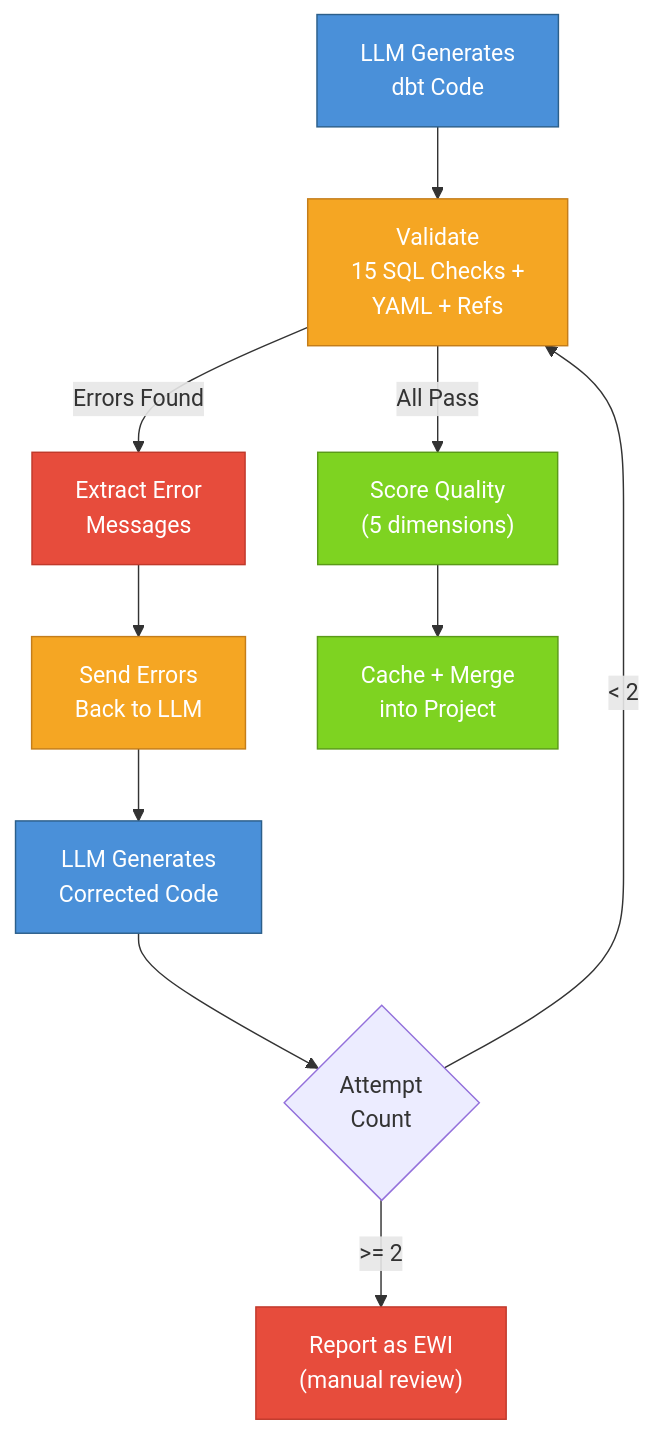
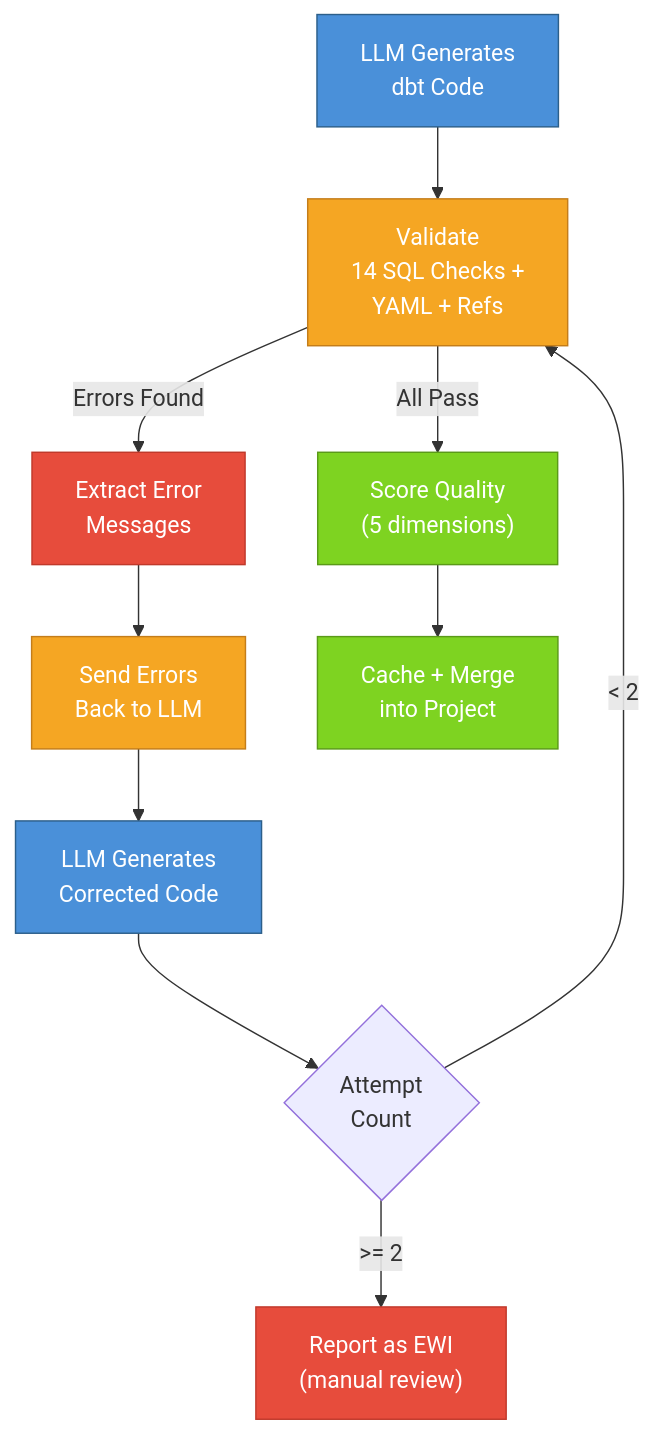
The tenth of 11 diagrams in datamodel/Final_Reviewd_Version/v2_production_ready_v1/Consolidated_Guide.md (vicky437-ai/snowflake_rbac_tagging), drawn with Mermaid before and after one commit. The commit also changed other lines of this file and 5 other files, not shown here.

````diff
--- a/datamodel/Final_Reviewd_Version/v2_production_ready_v1/Consolidated_Guide.md
+++ b/datamodel/Final_Reviewd_Version/v2_production_ready_v1/Consolidated_Guide.md
@@ -730,21 +730,21 @@
 ```mermaid
 flowchart TB
-    A["LLM Generates\ndbt Code"] --> B["Validate\n15 SQL Checks +\nYAML + Refs"]
+    A["LLM Generates\ndbt Code"] --> B["Validate\n14 SQL Checks +\nYAML + Refs"]
     B -->|"All Pass"| C["Score Quality\n(5 dimensions)"]
     B -->|"Errors Found"| D["Extract Error\nMessages"]
     D --> E["Send Errors\nBack to LLM"]
     E --> F["LLM Generates\nCorrected Code"]
     F --> G{"Attempt\nCount"}
     G -->|"< 2"| B
     G -->|">= 2"| H["Report as EWI\n(manual review)"]
     C --> I["Cache + Merge\ninto Project"]
 
     style A fill:#4A90D9,stroke:#2C5F8A,color:#fff
     style B fill:#F5A623,stroke:#C47D1A,color:#fff
     style C fill:#7ED321,stroke:#5A9A18,color:#fff
     style D fill:#E74C3C,stroke:#C0392B,color:#fff
     style E fill:#F5A623,stroke:#C47D1A,color:#fff
     style F fill:#4A90D9,stroke:#2C5F8A,color:#fff
     style H fill:#E74C3C,stroke:#C0392B,color:#fff
     style I fill:#7ED321,stroke:#5A9A18,color:#fff
 ```
````
